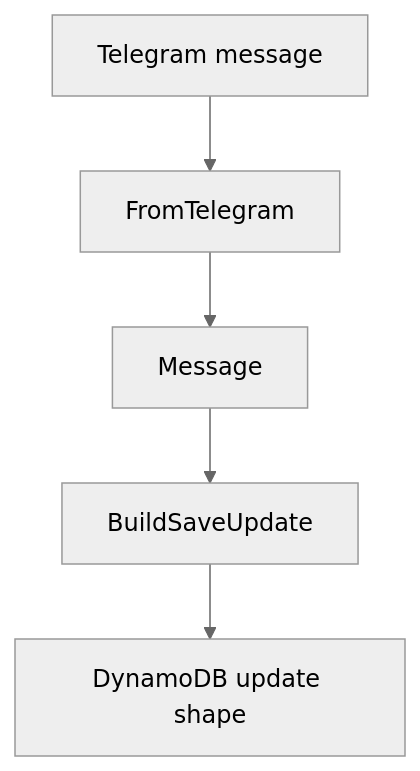
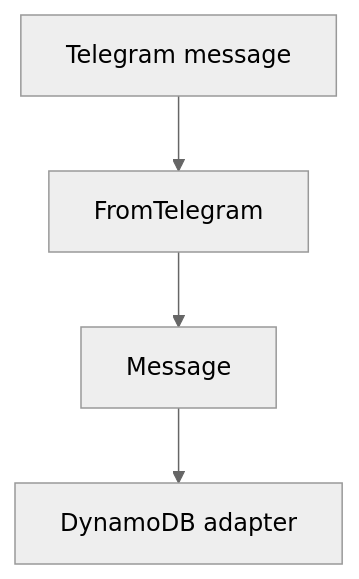
One commit to siutsin/telegram-jung2-bot changed the first of 2 diagrams in internal/message/README.md. Above: the diagram before and after it, drawn with Mermaid (neutral theme). The commit also changed other lines of this file and 38 other files, not shown here.

````diff
--- a/internal/message/README.md
+++ b/internal/message/README.md
@@ -26,7 +25,6 @@
 ```mermaid
 flowchart TD
     telegram[Telegram message] --> fromTelegram[FromTelegram]
     fromTelegram --> stored[Message]
-    stored --> build[BuildSaveUpdate]
-    build --> update[DynamoDB update shape]
+    stored --> adapter[DynamoDB adapter]
 ```
````
